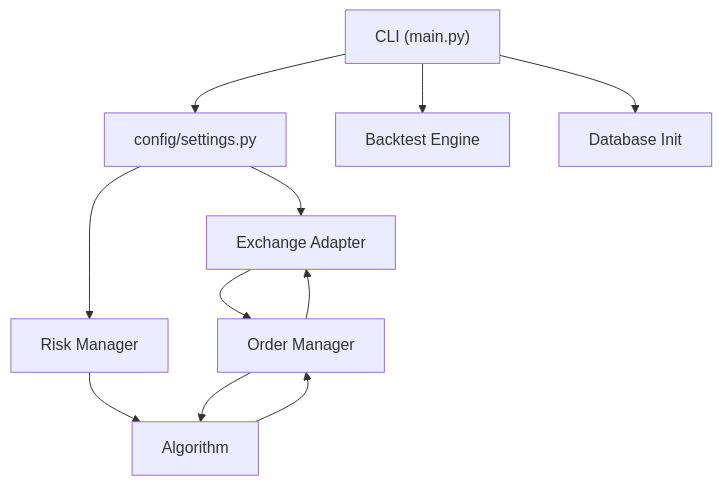
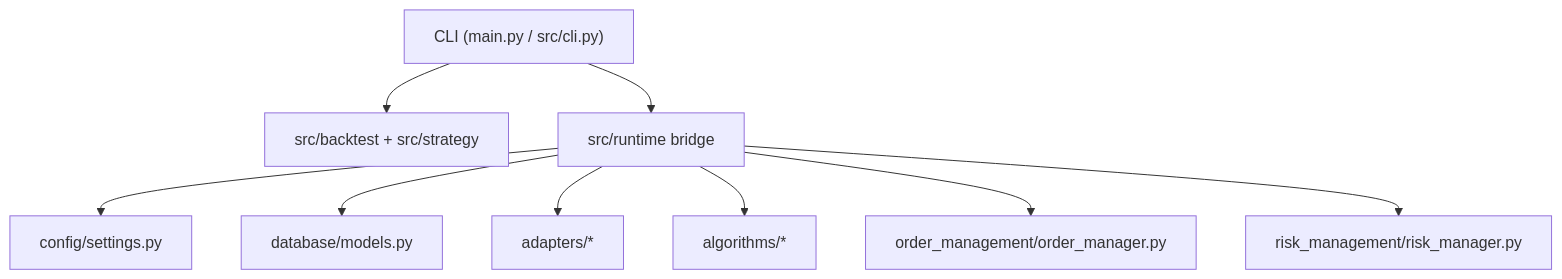
Before and after one commit to realknguyen/algo-trading: the diagram in docs/ARCHITECTURE.md, drawn with Mermaid. The commit also changed other lines of this file and 106 other files, not shown here.

Commit message:
feat: bridge runtime surfaces and harden production workflows

````diff
--- a/docs/ARCHITECTURE.md
+++ b/docs/ARCHITECTURE.md
@@ -24,13 +51,11 @@
 ```mermaid
 graph TD
-    A["CLI (main.py)"] --> B["config/settings.py"]
-    B --> C["Exchange Adapter"]
-    B --> D["Risk Manager"]
-    C --> E["Order Manager"]
-    D --> F["Algorithm"]
-    E --> F
-    F --> E
-    E --> C
-    A --> G["Backtest Engine"]
-    A --> H["Database Init"]
+    A["CLI (main.py / src/cli.py)"] --> B["src/backtest + src/strategy"]
+    A --> C["src/runtime bridge"]
+    C --> D["config/settings.py"]
+    C --> E["database/models.py"]
+    C --> F["adapters/*"]
+    C --> G["algorithms/*"]
+    C --> H["order_management/order_manager.py"]
+    C --> I["risk_management/risk_manager.py"]
 ```
````
